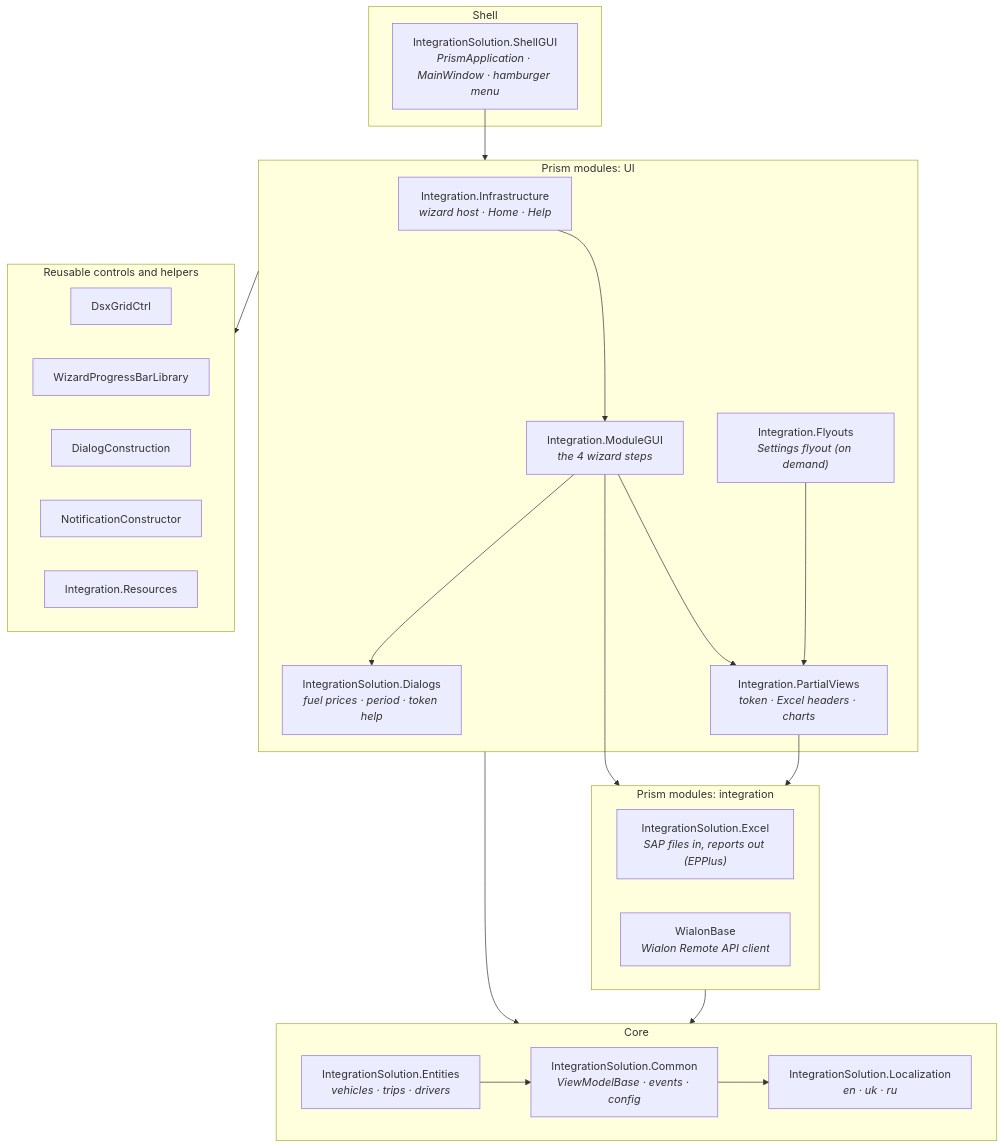
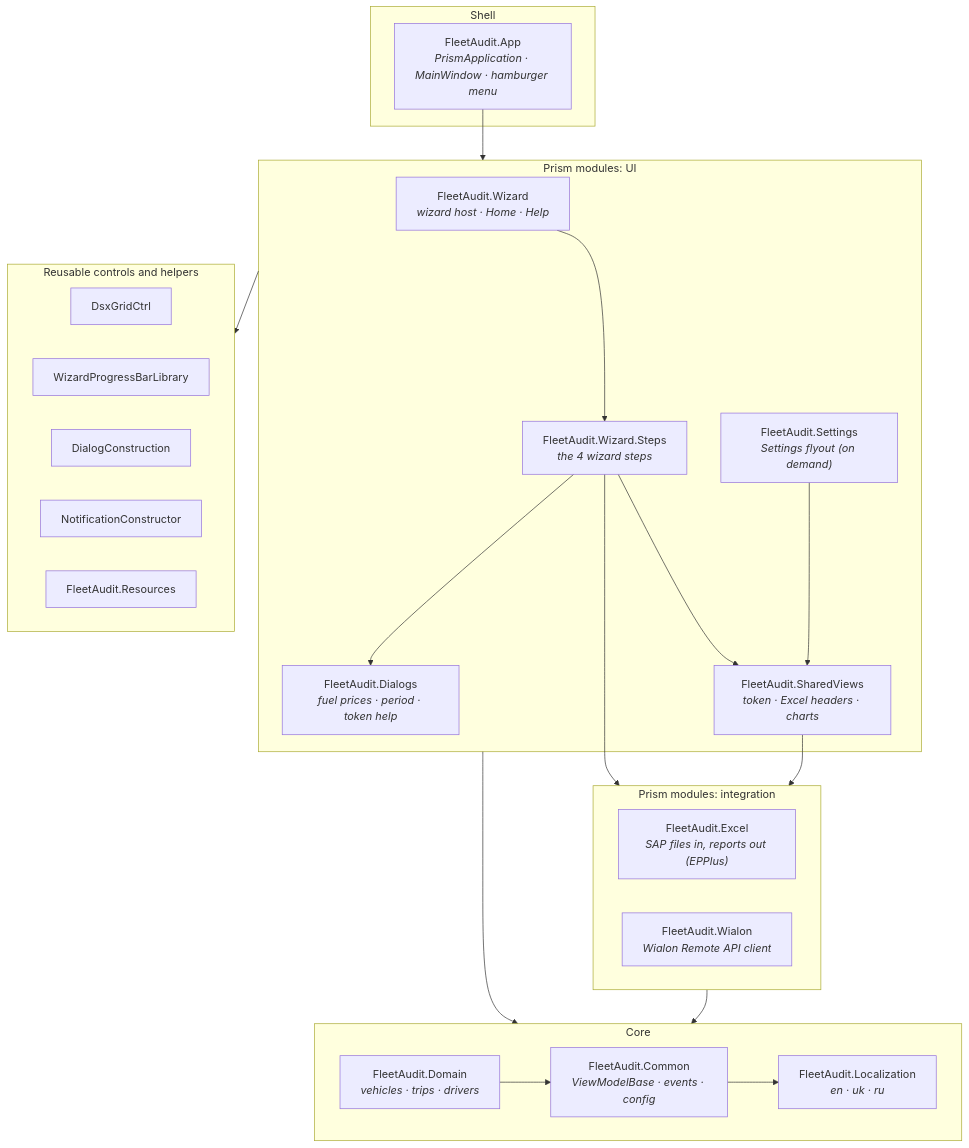
Before and after one commit to METACMETAHA/IntegrationSolution: the first of 4 diagrams in docs/architecture.md, drawn with Mermaid. The commit also changed other lines of this file and 559 other files, not shown here.

First line of the commit message:
Rename the projects from IntegrationSolution.* / Integration.* to FleetAudit.*

````diff
--- a/docs/architecture.md
+++ b/docs/architecture.md
@@ -16,44 +16,44 @@
 ```mermaid
 flowchart TB
     subgraph Shell["Shell"]
-        ShellGUI["IntegrationSolution.ShellGUI<br/><i>PrismApplication · MainWindow · hamburger menu</i>"]
+        ShellGUI["FleetAudit.App<br/><i>PrismApplication · MainWindow · hamburger menu</i>"]
     end
 
     subgraph Features["Prism modules: UI"]
-        Infra["Integration.Infrastructure<br/><i>wizard host · Home · Help</i>"]
-        ModuleGUI["Integration.ModuleGUI<br/><i>the 4 wizard steps</i>"]
-        Flyouts["Integration.Flyouts<br/><i>Settings flyout (on demand)</i>"]
-        Dialogs["IntegrationSolution.Dialogs<br/><i>fuel prices · period · token help</i>"]
-        Partial["Integration.PartialViews<br/><i>token · Excel headers · charts</i>"]
+        Infra["FleetAudit.Wizard<br/><i>wizard host · Home · Help</i>"]
+        ModuleGUI["FleetAudit.Wizard.Steps<br/><i>the 4 wizard steps</i>"]
+        Flyouts["FleetAudit.Settings<br/><i>Settings flyout (on demand)</i>"]
+        Dialogs["FleetAudit.Dialogs<br/><i>fuel prices · period · token help</i>"]
+        Partial["FleetAudit.SharedViews<br/><i>token · Excel headers · charts</i>"]
     end
 
     subgraph Services["Prism modules: integration"]
-        Excel["IntegrationSolution.Excel<br/><i>SAP files in, reports out (EPPlus)</i>"]
-        Wialon["WialonBase<br/><i>Wialon Remote API client</i>"]
+        Excel["FleetAudit.Excel<br/><i>SAP files in, reports out (EPPlus)</i>"]
+        Wialon["FleetAudit.Wialon<br/><i>Wialon Remote API client</i>"]
     end
 
     subgraph Core["Core"]
-        Common["IntegrationSolution.Common<br/><i>ViewModelBase · events · config</i>"]
-        Entities["IntegrationSolution.Entities<br/><i>vehicles · trips · drivers</i>"]
-        Loc["IntegrationSolution.Localization<br/><i>en · uk · ru</i>"]
+        Common["FleetAudit.Common<br/><i>ViewModelBase · events · config</i>"]
+        Entities["FleetAudit.Domain<br/><i>vehicles · trips · drivers</i>"]
+        Loc["FleetAudit.Localization<br/><i>en · uk · ru</i>"]
     end
 
     subgraph Controls["Reusable controls and helpers"]
         Grid["DsxGridCtrl"]
         WizardBar["WizardProgressBarLibrary"]
         DialogLib["DialogConstruction"]
         Toasts["NotificationConstructor"]
-        Res["Integration.Resources"]
+        Res["FleetAudit.Resources"]
     end
 
     ShellGUI --> Features
     Infra --> ModuleGUI
     ModuleGUI --> Partial & Dialogs
     Flyouts --> Partial
     ModuleGUI & Partial --> Services
     Features --> Core
     Services --> Core
     Entities --> Common
     Common --> Loc
     Features --> Controls
 ```
````
